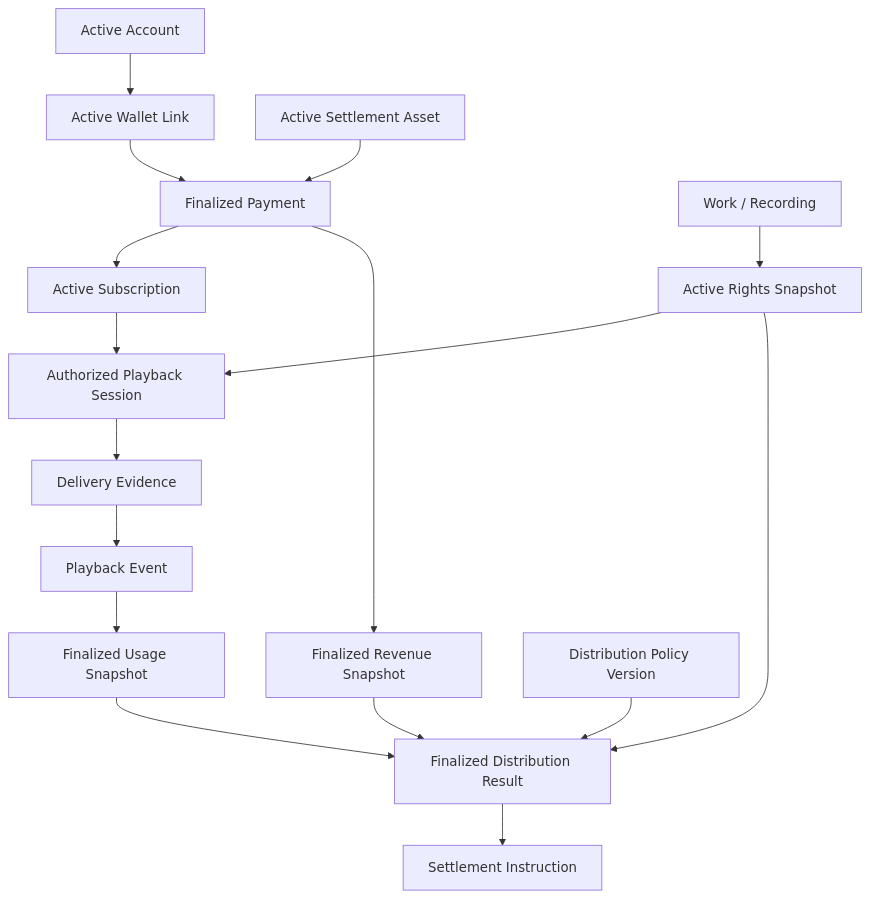
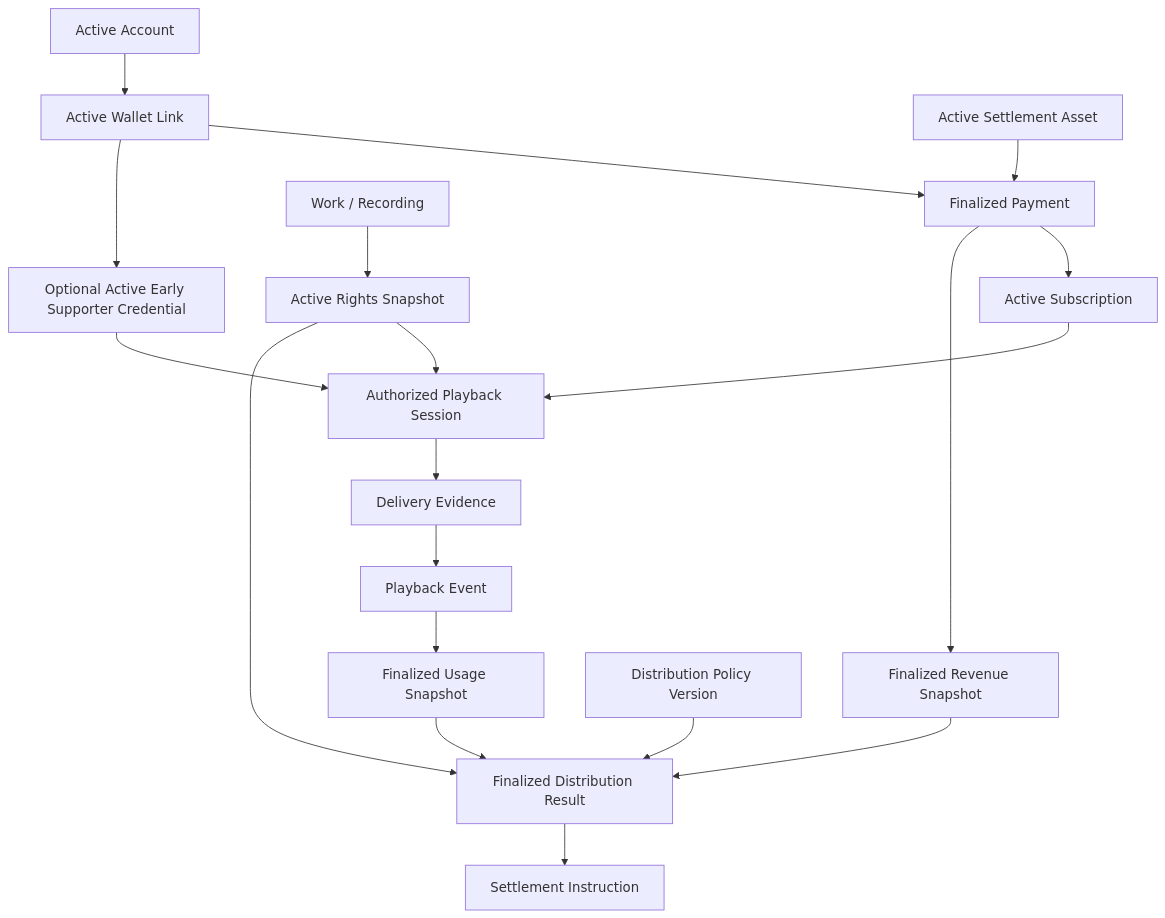
One commit to ShigeichiroYamasaki/creator-first-platform changed the diagram in docs/protocol/vertical-slice.md. Above: the diagram before and after it, drawn with Mermaid. The commit also changed other lines of this file and 20 other files, not shown here.

Commit message:
Add Early Supporter SBT privilege specification

````diff
--- a/docs/protocol/vertical-slice.md
+++ b/docs/protocol/vertical-slice.md
@@ -18,32 +18,34 @@
 ```mermaid
 flowchart TD
     ACCOUNT[Active Account]
     WALLET[Active Wallet Link]
     ASSET[Active Settlement Asset]
     PAYMENT[Finalized Payment]
     SUB[Active Subscription]
+    CREDENTIAL[Optional Active Early Supporter Credential]
 
     CONTENT[Work / Recording]
     RIGHTS[Active Rights Snapshot]
     AUTHZ[Authorized Playback Session]
     DELIVERY[Delivery Evidence]
     PLAY[Playback Event]
     USAGE[Finalized Usage Snapshot]
 
     REVENUE[Finalized Revenue Snapshot]
     POLICY[Distribution Policy Version]
     RESULT[Finalized Distribution Result]
     INSTRUCTION[Settlement Instruction]
 
     ACCOUNT --> WALLET --> PAYMENT --> SUB --> AUTHZ --> DELIVERY --> PLAY --> USAGE
+    WALLET --> CREDENTIAL --> AUTHZ
     ASSET --> PAYMENT
     PAYMENT --> REVENUE
 
     CONTENT --> RIGHTS
     RIGHTS --> AUTHZ
     RIGHTS --> RESULT
     USAGE --> RESULT
     REVENUE --> RESULT
     POLICY --> RESULT
     RESULT --> INSTRUCTION
 ```
````
